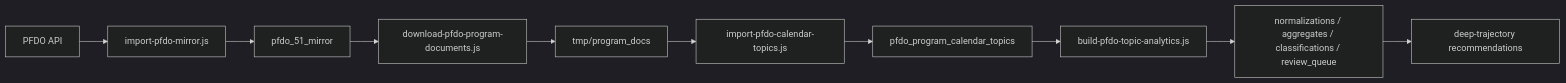
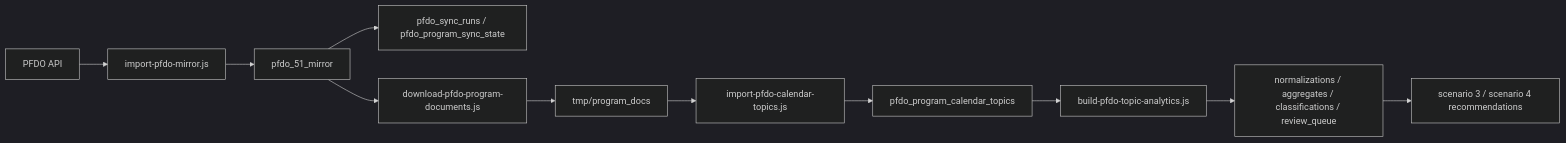
Before and after one commit to mcvvvnukova-bit/traektoria: the diagram in docs/pfdo-data-pipeline.md, drawn with Mermaid (dark theme). The commit also changed other lines of this file and 18 other files, not shown here.

````diff
--- a/docs/pfdo-data-pipeline.md
+++ b/docs/pfdo-data-pipeline.md
@@ -22,12 +22,13 @@
 ```mermaid
 flowchart LR
   API["PFDO API"] --> Mirror["import-pfdo-mirror.js"]
   Mirror --> DB["pfdo_51_mirror"]
+  DB --> SyncState["pfdo_sync_runs / pfdo_program_sync_state"]
   DB --> Docs["download-pfdo-program-documents.js"]
   Docs --> Files["tmp/program_docs"]
   Files --> Calendar["import-pfdo-calendar-topics.js"]
   Calendar --> Topics["pfdo_program_calendar_topics"]
   Topics --> Analytics["build-pfdo-topic-analytics.js"]
   Analytics --> Derived["normalizations / aggregates / classifications / review_queue"]
-  Derived --> Bot["deep-trajectory recommendations"]
+  Derived --> Bot["scenario 3 / scenario 4 recommendations"]
 ```
````
